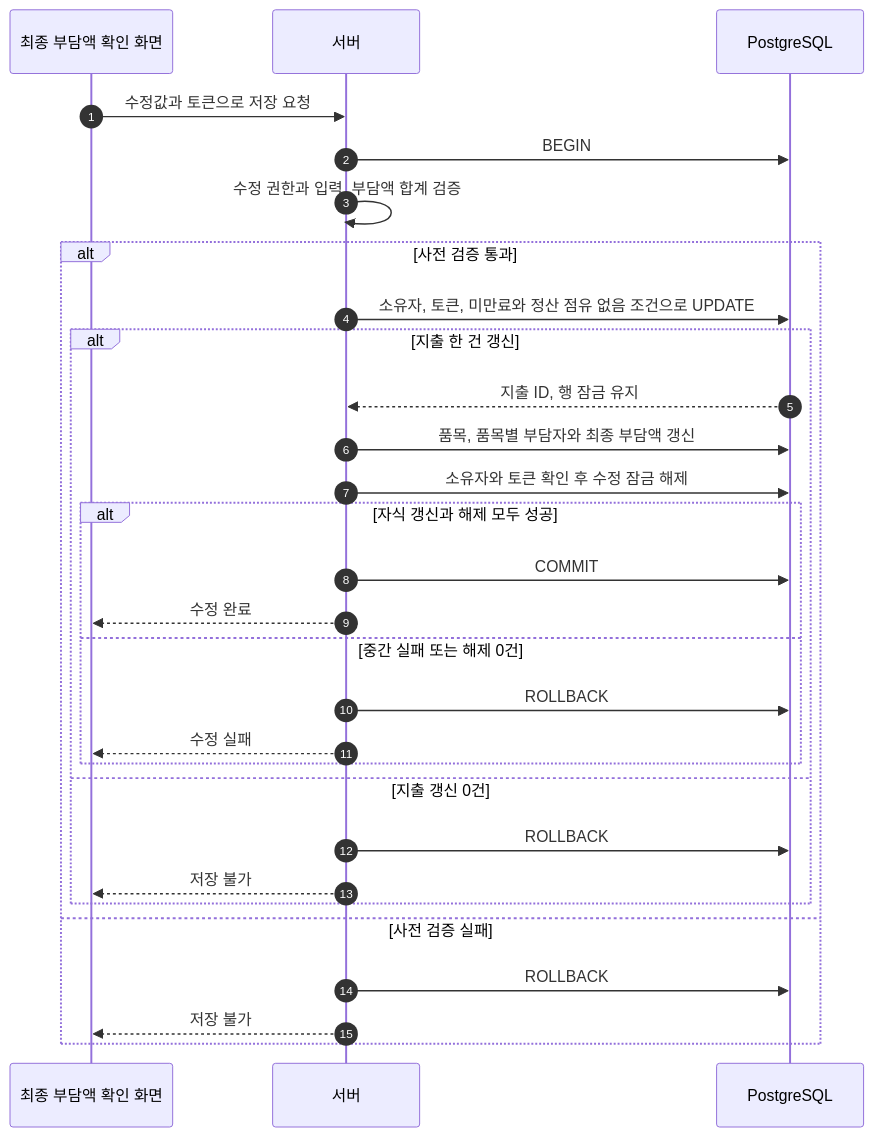
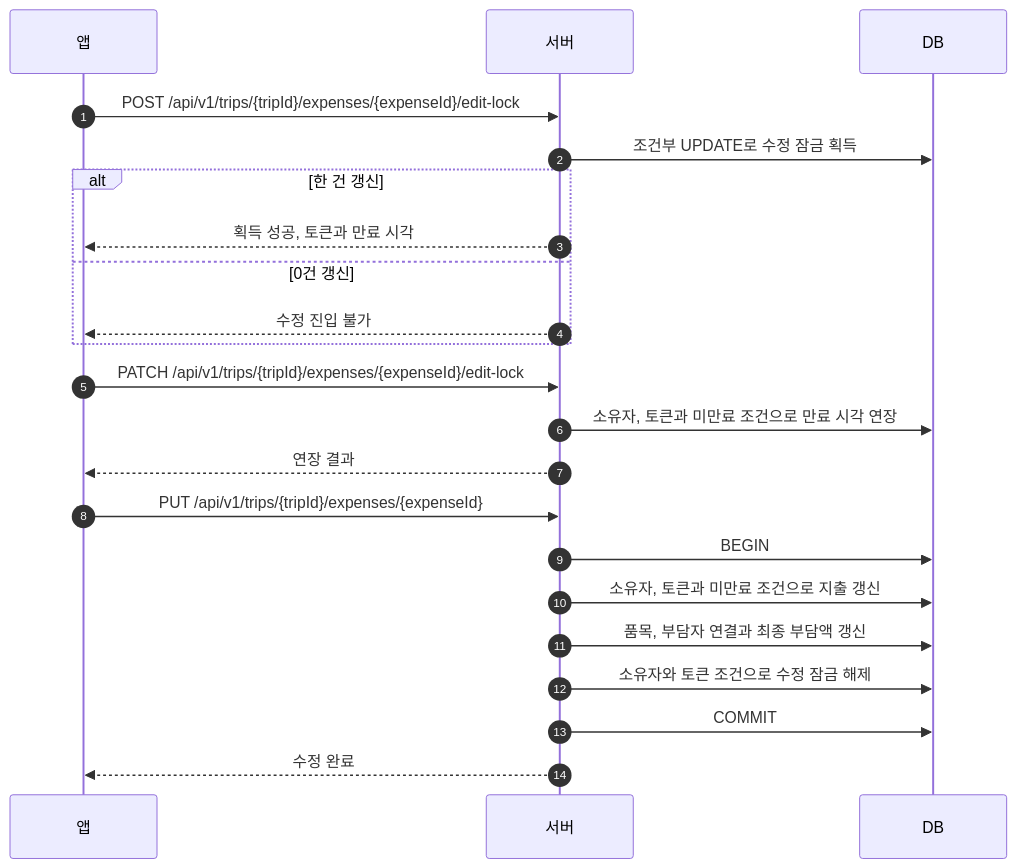
Before and after one commit to JECT-Study/Billit-5th-Docs: the third of 4 diagrams in design/expense.md, drawn with Mermaid. The commit also changed other lines of this file and 3 other files, not shown here.

````diff
--- a/design/expense.md
+++ b/design/expense.md
@@ -358,31 +264,25 @@
 ```mermaid
 sequenceDiagram
     autonumber
-    participant App as 최종 부담액 확인 화면
+    participant App as 앱
     participant Server as 서버
-    participant DB as PostgreSQL
-    App->>Server: 수정값과 토큰으로 저장 요청
+    participant DB as DB
+
+    App->>Server: POST /api/v1/trips/{tripId}/expenses/{expenseId}/edit-lock
+    Server->>DB: 조건부 UPDATE로 수정 잠금 획득
+    alt 한 건 갱신
+        Server-->>App: 획득 성공, 토큰과 만료 시각
+    else 0건 갱신
+        Server-->>App: 수정 진입 불가
+    end
+    App->>Server: PATCH /api/v1/trips/{tripId}/expenses/{expenseId}/edit-lock
+    Server->>DB: 소유자, 토큰과 미만료 조건으로 만료 시각 연장
+    Server-->>App: 연장 결과
+    App->>Server: PUT /api/v1/trips/{tripId}/expenses/{expenseId}
     Server->>DB: BEGIN
-    Server->>Server: 수정 권한과 입력, 부담액 합계 검증
-    alt 사전 검증 통과
-        Server->>DB: 소유자, 토큰, 미만료와 정산 점유 없음 조건으로 UPDATE
-        alt 지출 한 건 갱신
-            DB-->>Server: 지출 ID, 행 잠금 유지
-            Server->>DB: 품목, 품목별 부담자와 최종 부담액 갱신
-            Server->>DB: 소유자와 토큰 확인 후 수정 잠금 해제
-            alt 자식 갱신과 해제 모두 성공
-                Server->>DB: COMMIT
-                Server-->>App: 수정 완료
-            else 중간 실패 또는 해제 0건
-                Server->>DB: ROLLBACK
-                Server-->>App: 수정 실패
-            end
-        else 지출 갱신 0건
-            Server->>DB: ROLLBACK
-            Server-->>App: 저장 불가
-        end
-    else 사전 검증 실패
-        Server->>DB: ROLLBACK
-        Server-->>App: 저장 불가
-    end
+    Server->>DB: 소유자, 토큰과 미만료 조건으로 지출 갱신
+    Server->>DB: 품목, 부담자 연결과 최종 부담액 갱신
+    Server->>DB: 소유자와 토큰 조건으로 수정 잠금 해제
+    Server->>DB: COMMIT
+    Server-->>App: 수정 완료
 ```
````
